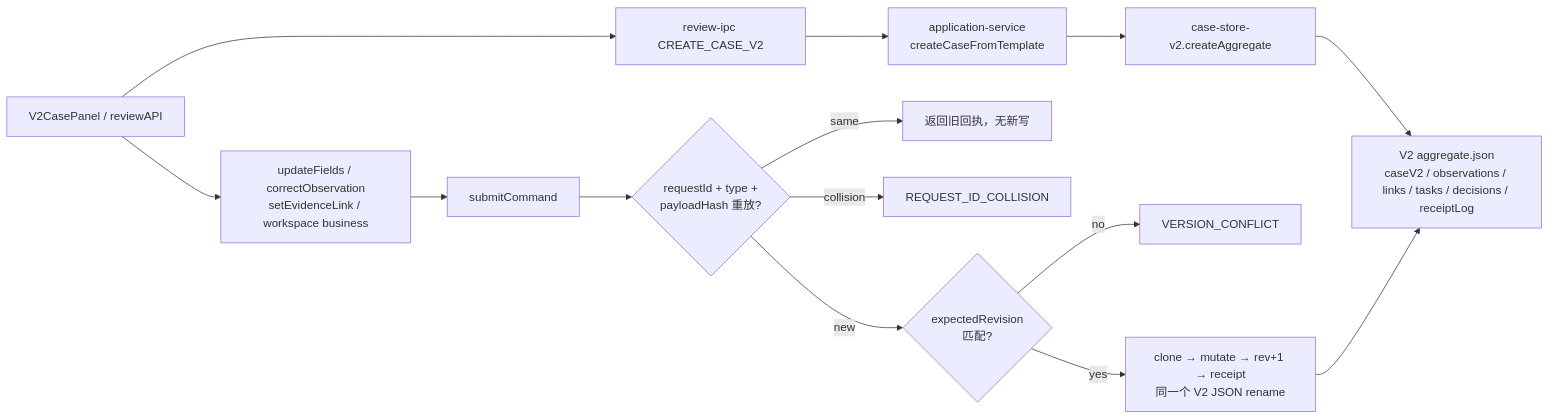
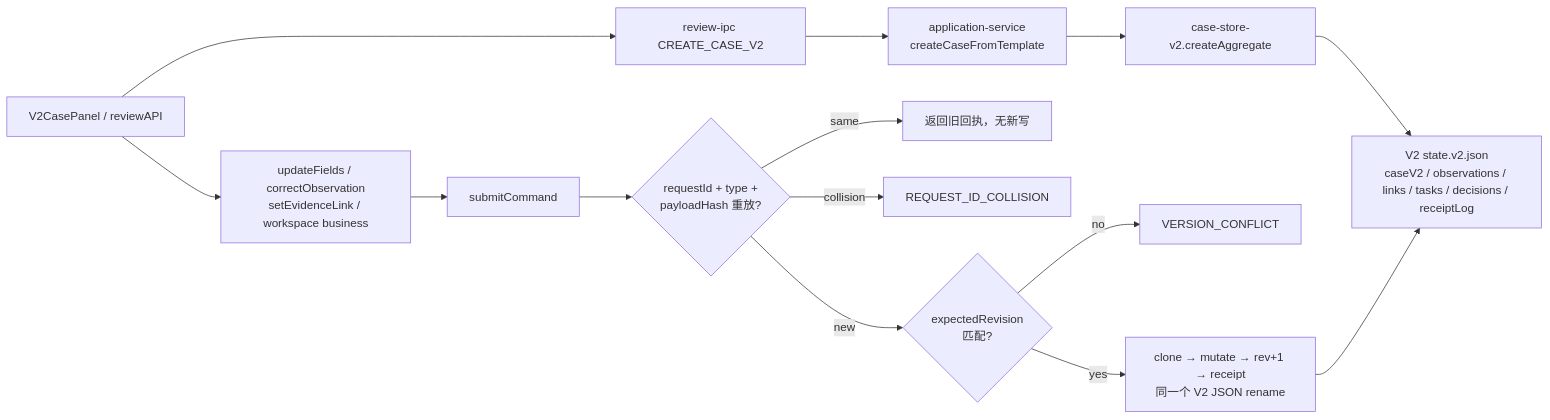
The second of 4 diagrams in docs/design/review-agent/acceptance/v3-round2-core-business-r01/01-case-state-and-write-map.md (Fuck-GH-Admin/cdut-studio-review-agent), drawn with Mermaid before and after one commit.

Commit message:
docs(review-v3): specify actual state.v2.json aggregate filename

````diff
--- a/docs/design/review-agent/acceptance/v3-round2-core-business-r01/01-case-state-and-write-map.md
+++ b/docs/design/review-agent/acceptance/v3-round2-core-business-r01/01-case-state-and-write-map.md
@@ -46,16 +46,16 @@
 ```mermaid
 flowchart LR
  V2UI["V2CasePanel / reviewAPI"] --> IPC2["review-ipc CREATE_CASE_V2"]
  IPC2 --> APP["application-service<br/>createCaseFromTemplate"]
  APP --> CA["case-store-v2.createAggregate"]
- CA --> AG["V2 aggregate.json<br/>caseV2 / observations / links / tasks / decisions / receiptLog"]
+ CA --> AG["V2 state.v2.json<br/>caseV2 / observations / links / tasks / decisions / receiptLog"]
  V2UI --> ACT["updateFields / correctObservation<br/>setEvidenceLink / workspace business"]
  ACT --> S["submitCommand"]
  S --> ID{"requestId + type +<br/>payloadHash 重放?"}
  ID -->|same| REC["返回旧回执，无新写"]
  ID -->|collision| ERR["REQUEST_ID_COLLISION"]
  ID -->|new| CAS{"expectedRevision<br/>匹配?"}
  CAS -->|no| ERR2["VERSION_CONFLICT"]
  CAS -->|yes| WR["clone → mutate → rev+1 → receipt<br/>同一个 V2 JSON rename"]
  WR --> AG
 ```
````
